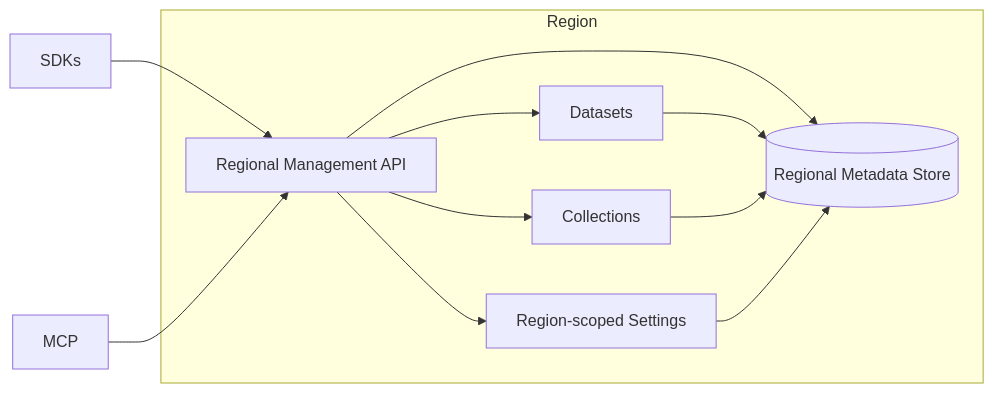
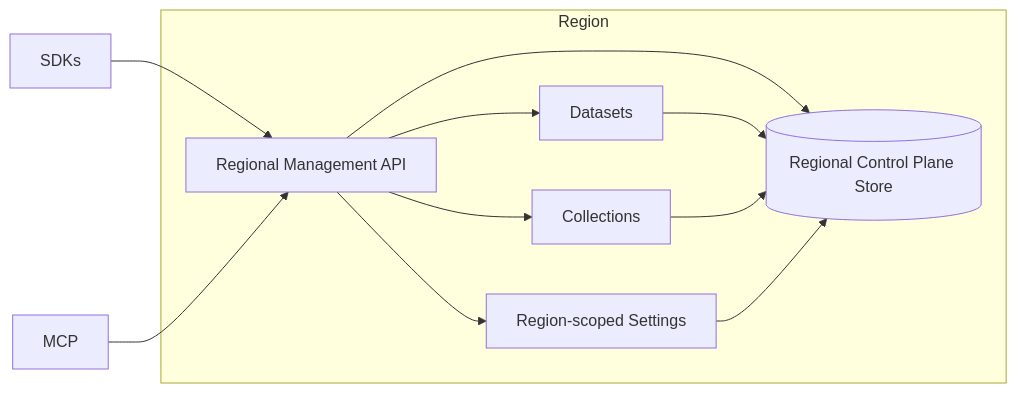
The third of 7 diagrams in docs/architecture.mdx (topk-io/topk), drawn with Mermaid before and after one commit. The commit also changed other lines of this file, not shown here.

````diff
--- a/docs/architecture.mdx
+++ b/docs/architecture.mdx
@@ -137,16 +131,16 @@
 ```mermaid
 flowchart LR
     SDK[SDKs] --> RegionalAPI[Regional Management API]
     MCP[MCP] --> RegionalAPI
 
     subgraph Region[Region]
         RegionalAPI --> Datasets[Datasets]
         RegionalAPI --> Collections[Collections]
         RegionalAPI --> Settings[Region-scoped Settings]
-        RegionalAPI --> Store[(Regional Metadata Store)]
+        RegionalAPI --> Store[(Regional Control Plane Store)]
 
         Datasets --> Store
         Collections --> Store
         Settings --> Store
     end
 ```
````
